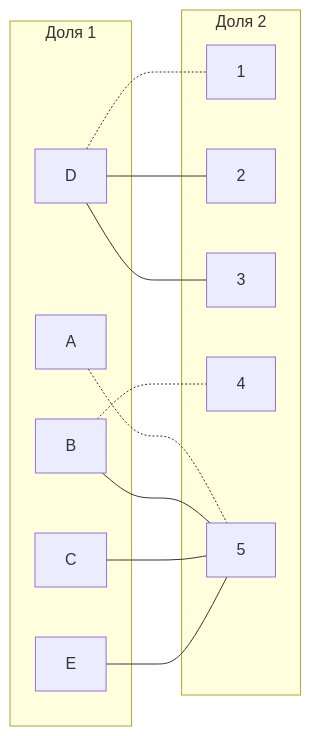
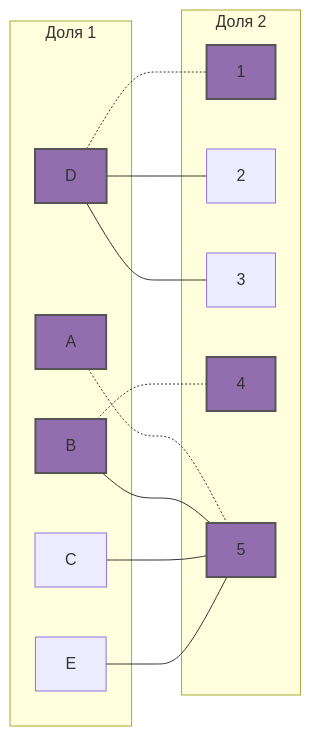
Before and after one commit to hse-algo-24-owl/manual-tasks-owl: the second of 10 diagrams in task-8/mikhailkrug.md, drawn with Mermaid. The commit also changed other lines of this file, not shown here.

````diff
--- a/task-8/mikhailkrug.md
+++ b/task-8/mikhailkrug.md
@@ -75,25 +75,31 @@
 ```mermaid
 graph LR
     subgraph "Доля 1"
         A[A]
         B[B]
         C[C]
         D[D]
         E[E]
     end
     subgraph "Доля 2"
         1[1]
         2[2]
         3[3]
         4[4]
         5[5]
     end
     A -.- 5
     B -.- 4
     B --- 5
     C --- 5
     D -.- 1
     D --- 2
     D --- 3
     E --- 5
+    style A fill:#926EAE,stroke:#555,stroke-width:2px
+    style 5 fill:#926EAE,stroke:#555,stroke-width:2px
+    style D fill:#926EAE,stroke:#555,stroke-width:2px
+    style 1 fill:#926EAE,stroke:#555,stroke-width:2px
+    style B fill:#926EAE,stroke:#555,stroke-width:2px
+    style 4 fill:#926EAE,stroke:#555,stroke-width:2px
 ```
````
